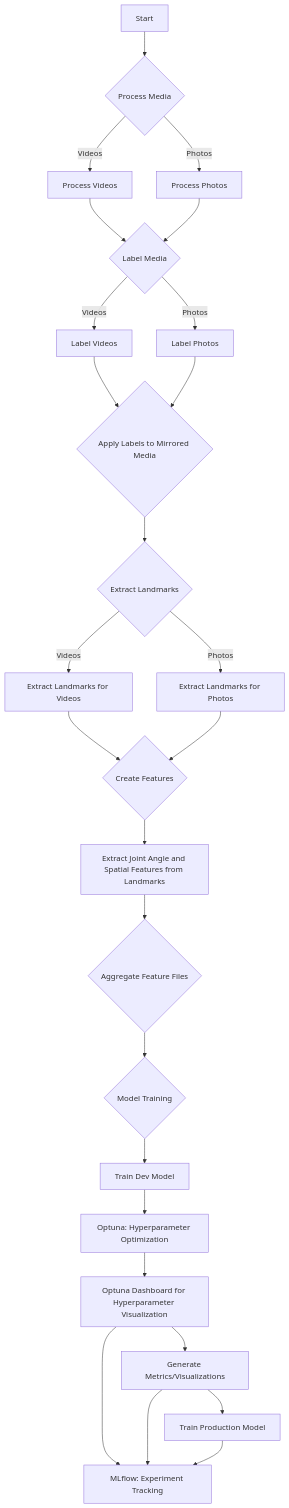
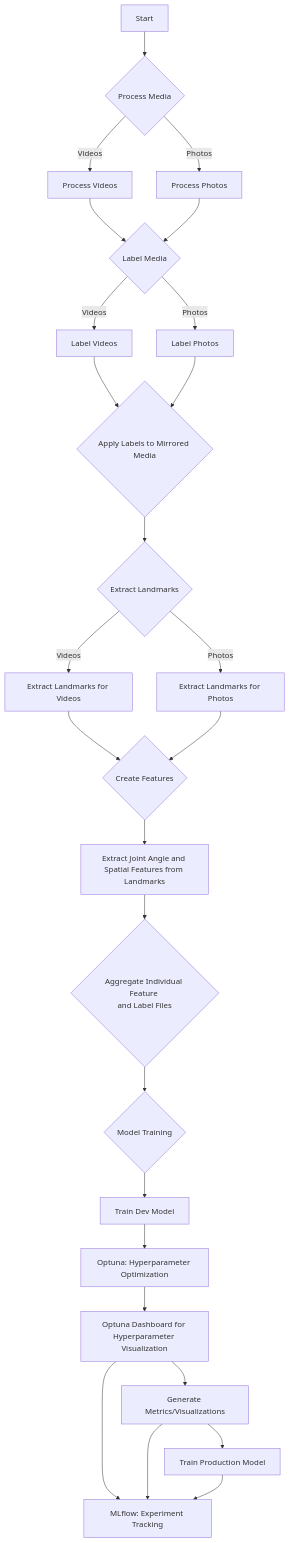
One commit to SloughJE/aerial_straps_classifier changed the diagram in README.md. Above: the diagram before and after it, drawn with Mermaid. The commit also changed other lines of this file and 2 other files, not shown here.

````diff
--- a/README.md
+++ b/README.md
@@ -335,42 +30,42 @@
 ```mermaid
 graph TD;
    A[Start] --> B{Process Media};
    B -->|Videos| C[Process Videos];
    B -->|Photos| D[Process Photos];
    
    C --> I{Label Media};
    D --> I;
    
    I -->|Videos| J[Label Videos];
    I -->|Photos| K[Label Photos];
    
    J --> Q{Apply Labels to Mirrored Media};
    K --> Q;
    
    Q --> R{Extract Landmarks};
    R -->|Videos| S[Extract Landmarks for Videos];
    R -->|Photos| T[Extract Landmarks for Photos];
    
    S --> Z{Create Features};
    T --> Z;
    
    Z --> U[Extract Joint Angle and Spatial Features from Landmarks];
    
-   U --> AB{Aggregate Feature Files};
+   U --> AB{"Aggregate Individual Feature <br>and Label Files"};
     
    AB --> AD{Model Training};
    
    AD --> AG[Train Dev Model];
    
    AG --> AI[Optuna: Hyperparameter Optimization];
    AI --> AJ[Optuna Dashboard for Hyperparameter Visualization];
    AJ --> AH["MLflow: Experiment Tracking"]; 
    
    AJ --> AK[Generate Metrics/Visualizations];
    AK --> AH; 
    
    AK --> AM[Train Production Model];
    AM --> AH;
 
 
 ```
````
